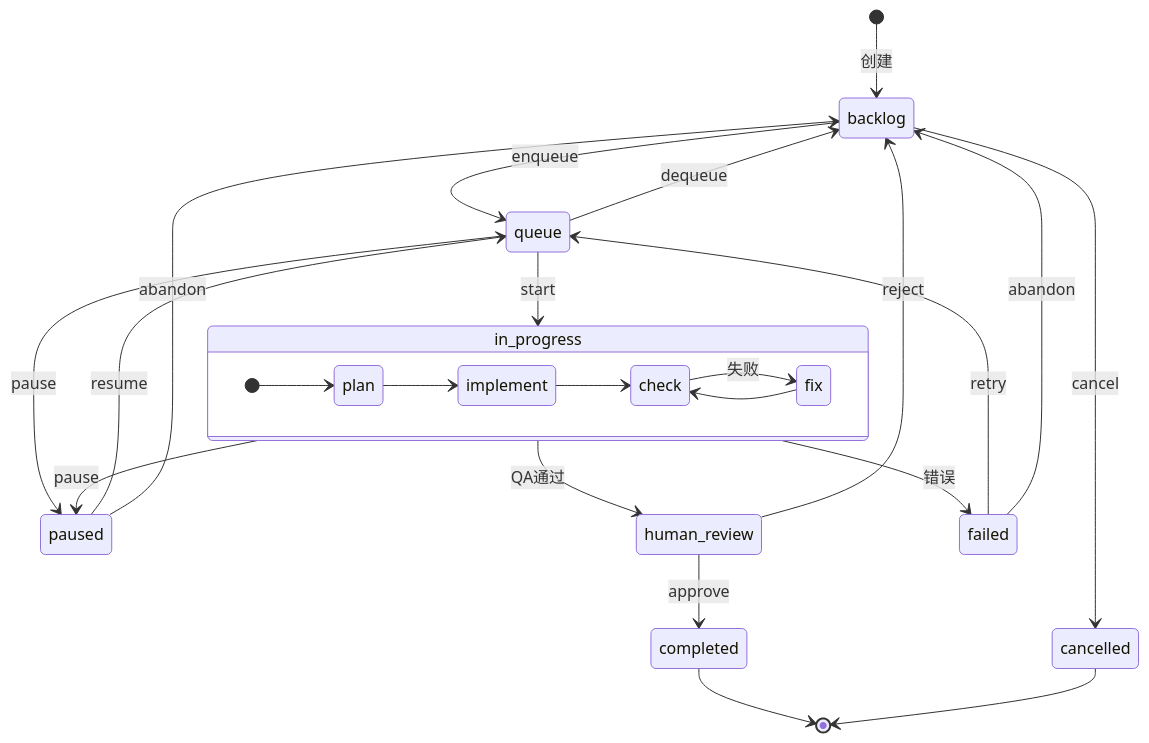
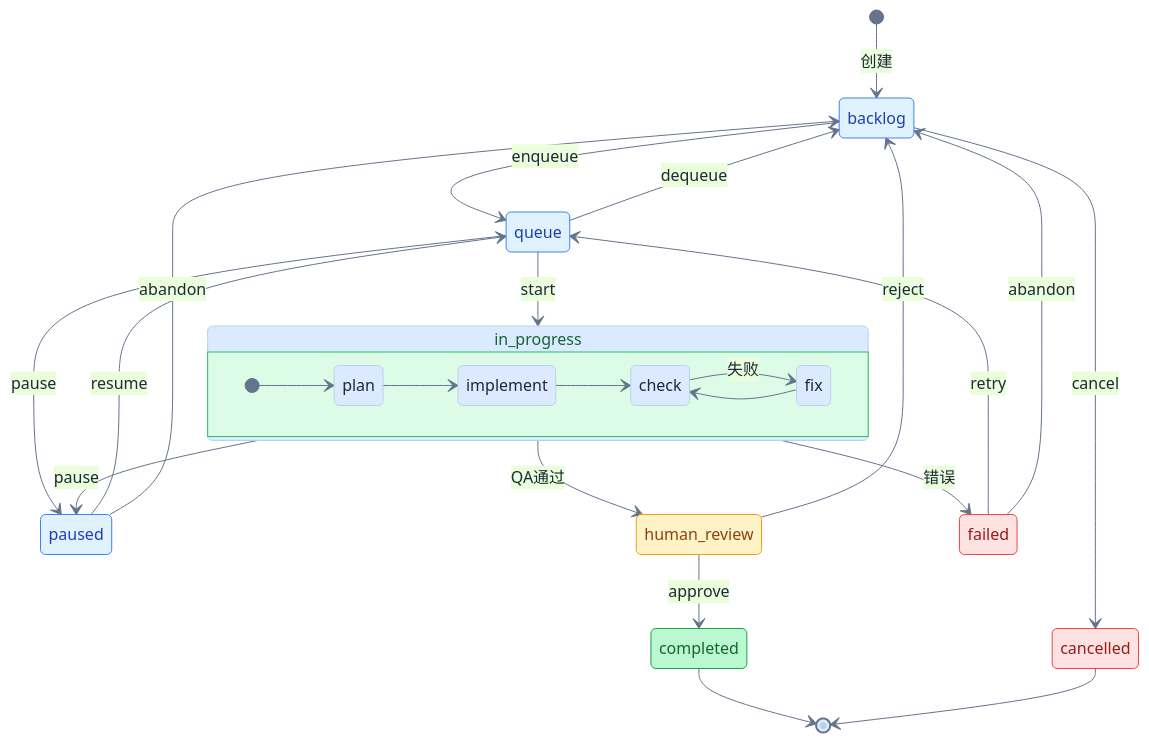
The diagram in README.md (LinXueyuanStdio/viben), drawn with Mermaid before and after one commit. The commit also changed other lines of this file and 23 other files, not shown here.

````diff
--- a/README.md
+++ b/README.md
@@ -126,36 +68,49 @@
 ```mermaid
+%%{init: {'theme': 'base', 'themeVariables': { 'primaryColor': '#dbeafe', 'lineColor': '#64748b', 'primaryTextColor': '#1e293b'}}}%%
 stateDiagram-v2
     [*] --> backlog: 创建
 
     backlog --> queue: enqueue
     backlog --> cancelled: cancel
 
     queue --> in_progress: start
     queue --> backlog: dequeue
     queue --> paused: pause
 
     state in_progress {
         direction LR
         [*] --> plan
         plan --> implement
         implement --> check
         check --> fix: 失败
         fix --> check
     }
 
     in_progress --> human_review: QA通过
     in_progress --> paused: pause
     in_progress --> failed: 错误
 
     paused --> queue: resume
     paused --> backlog: abandon
 
     human_review --> completed: approve
     human_review --> backlog: reject
 
     failed --> queue: retry
     failed --> backlog: abandon
 
     completed --> [*]
     cancelled --> [*]
+
+    classDef waiting fill:#e0f2fe,stroke:#3b82f6,color:#1e40af
+    classDef active fill:#dcfce7,stroke:#22c55e,color:#166534
+    classDef review fill:#fef3c7,stroke:#f59e0b,color:#92400e
+    classDef done fill:#bbf7d0,stroke:#16a34a,color:#166534
+    classDef error fill:#fee2e2,stroke:#ef4444,color:#991b1b
+
+    class backlog,queue,paused waiting
+    class in_progress active
+    class human_review review
+    class completed done
+    class failed,cancelled error
 ```
````
